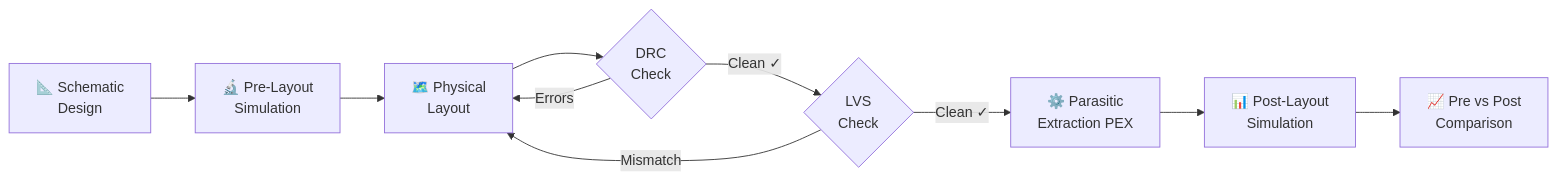
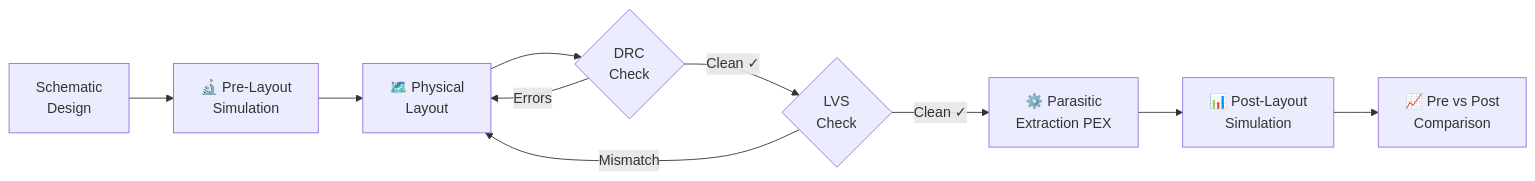
Before and after one commit to MoatazRafeq/4-Stage-CMOS-Inverter-Delay-Line-Circuit: the diagram in README.md, drawn with Mermaid.

````diff
--- a/README.md
+++ b/README.md
@@ -118,12 +118,12 @@
 ```mermaid
 flowchart LR
-    A[📐 Schematic\nDesign] --> B[🔬 Pre-Layout\nSimulation]
+    A[ Schematic\nDesign] --> B[🔬 Pre-Layout\nSimulation]
     B --> C[🗺️ Physical\nLayout]
     C --> D{DRC\nCheck}
     D -- Errors --> C
     D -- Clean ✓ --> E{LVS\nCheck}
     E -- Mismatch --> C
     E -- Clean ✓ --> F[⚙️ Parasitic\nExtraction PEX]
     F --> G[📊 Post-Layout\nSimulation]
     G --> H[📈 Pre vs Post\nComparison]
 ```
````
